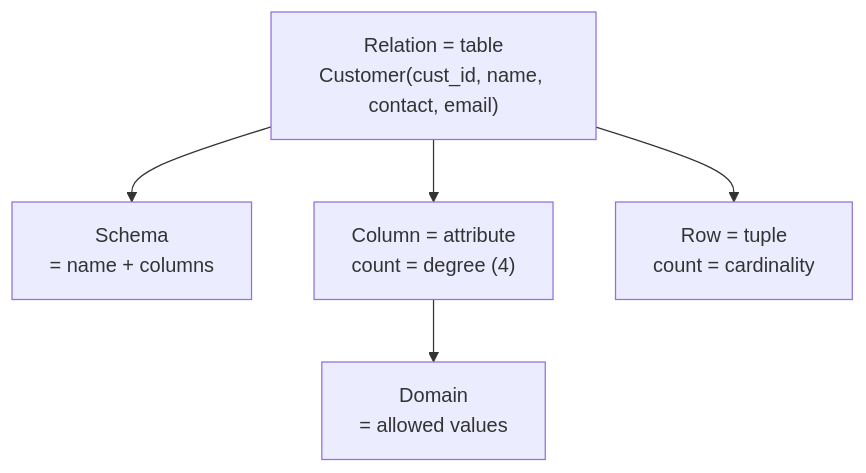
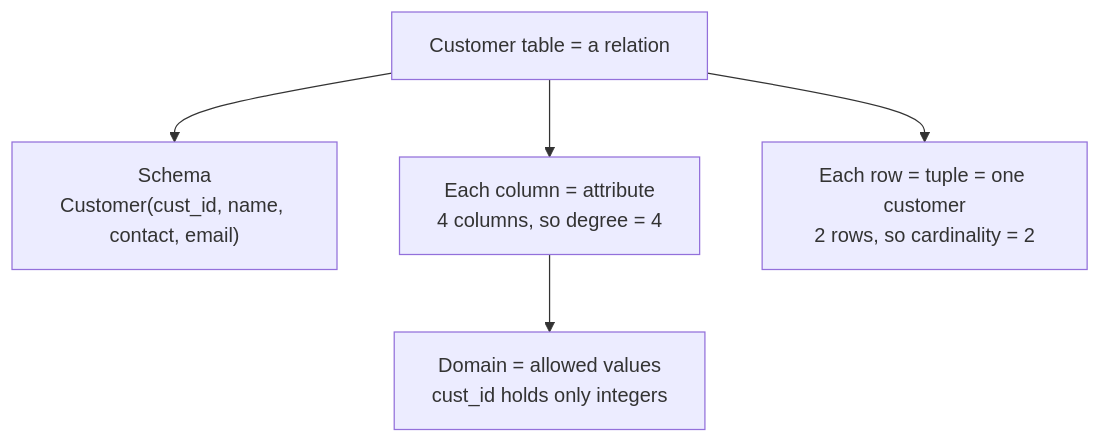
The second of 10 diagrams in dbms/07-relational-model.md (aaryan-pradhan/core-cs-fundamentals), drawn with Mermaid before and after one commit. The commit also changed other lines of this file, not shown here.

````diff
--- a/dbms/07-relational-model.md
+++ b/dbms/07-relational-model.md
@@ -12,8 +23,8 @@
 ```mermaid
 flowchart TB
-  S["Relation = table<br/>Customer(cust_id, name, contact, email)"]
-  S --> SC["Schema<br/>= name + columns"]
-  S --> COL["Column = attribute<br/>count = degree (4)"]
-  S --> ROW["Row = tuple<br/>count = cardinality"]
-  COL --> DOM["Domain<br/>= allowed values"]
+  T["Customer table = a relation"]
+  T --> SC["Schema<br/>Customer(cust_id, name, contact, email)"]
+  T --> C["Each column = attribute<br/>4 columns, so degree = 4"]
+  T --> R["Each row = tuple = one customer<br/>2 rows, so cardinality = 2"]
+  C --> D["Domain = allowed values<br/>cust_id holds only integers"]
 ```
````
